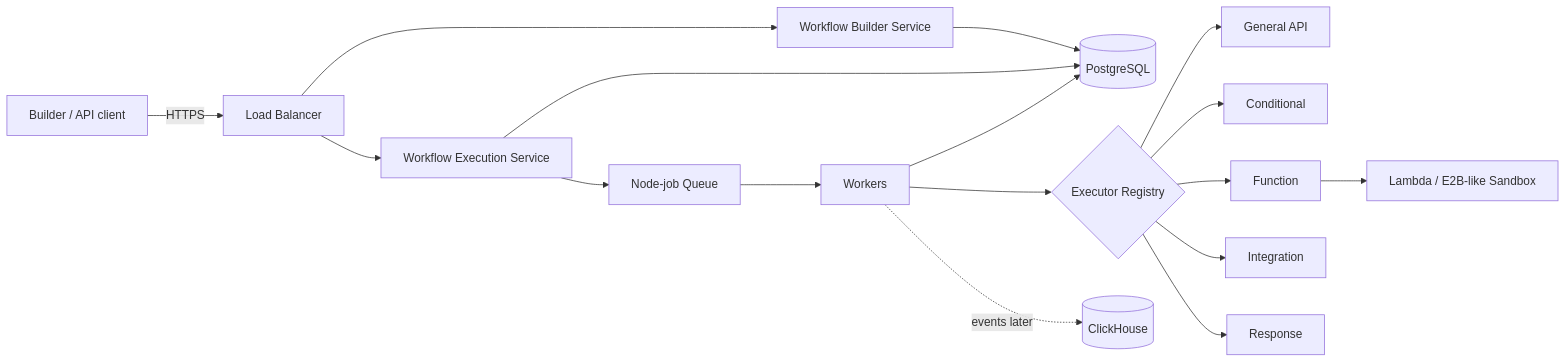
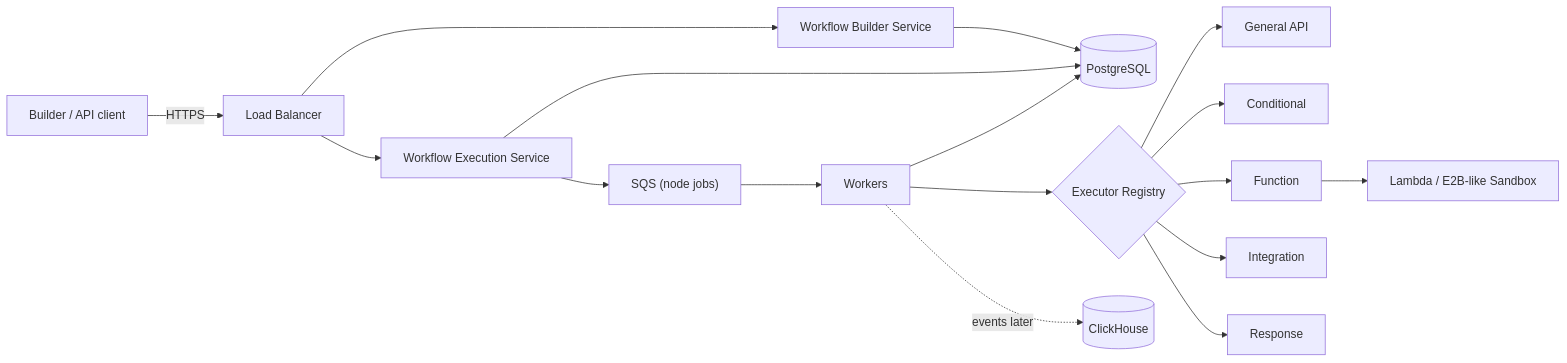
One commit to Nabhag8848/Orchex changed the second of 10 diagrams in README.md. Above: the diagram before and after it, drawn with Mermaid. The commit also changed other lines of this file and 1 other file, not shown here.

First line of the commit message:
Document the SQS queue decision and fold the board into orchex.excalidraw.

````diff
--- a/README.md
+++ b/README.md
@@ -236,23 +236,23 @@
 ```mermaid
 flowchart LR
     Client["Builder / API client"] -->|HTTPS| LB["Load Balancer"]
 
     LB --> Builder["Workflow Builder Service"]
     LB --> Execution["Workflow Execution Service"]
 
     Builder --> Postgres[("PostgreSQL")]
     Execution --> Postgres
-    Execution --> Queue["Node-job Queue"]
+    Execution --> Queue["SQS (node jobs)"]
     Queue --> Workers["Workers"]
     Workers --> Postgres
     Workers --> Registry{"Executor Registry"}
 
     Registry --> API["General API"]
     Registry --> Conditional["Conditional"]
     Registry --> Function["Function"]
     Registry --> Integration["Integration"]
     Registry --> Response["Response"]
 
     Function --> Sandbox["Lambda / E2B-like Sandbox"]
     Workers -.->|events later| ClickHouse[("ClickHouse")]
 ```
````
